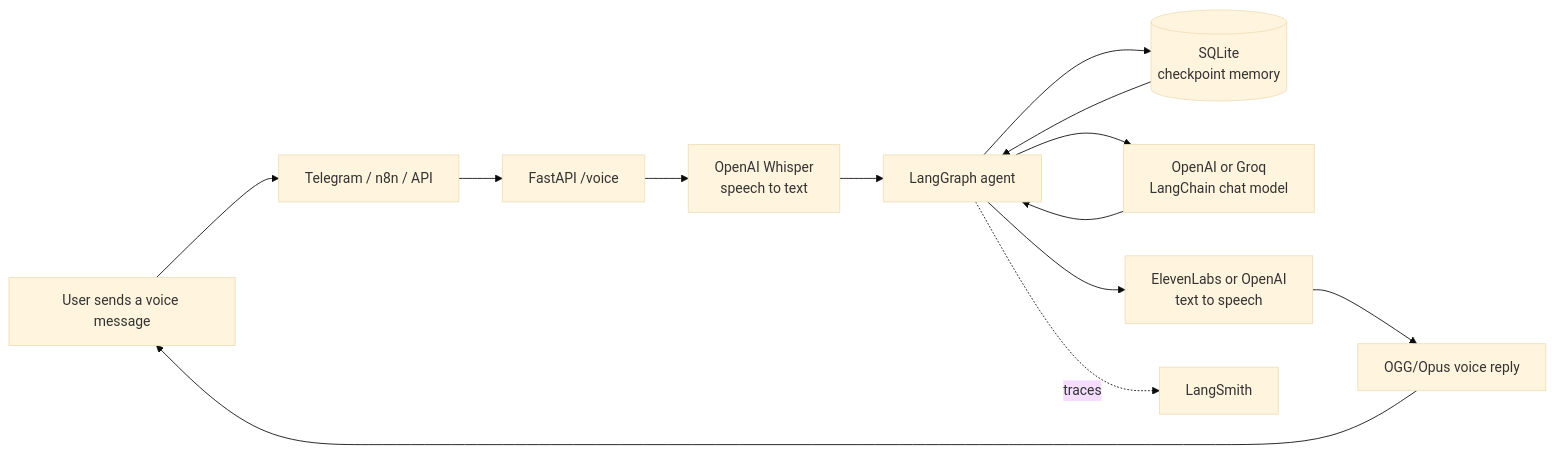
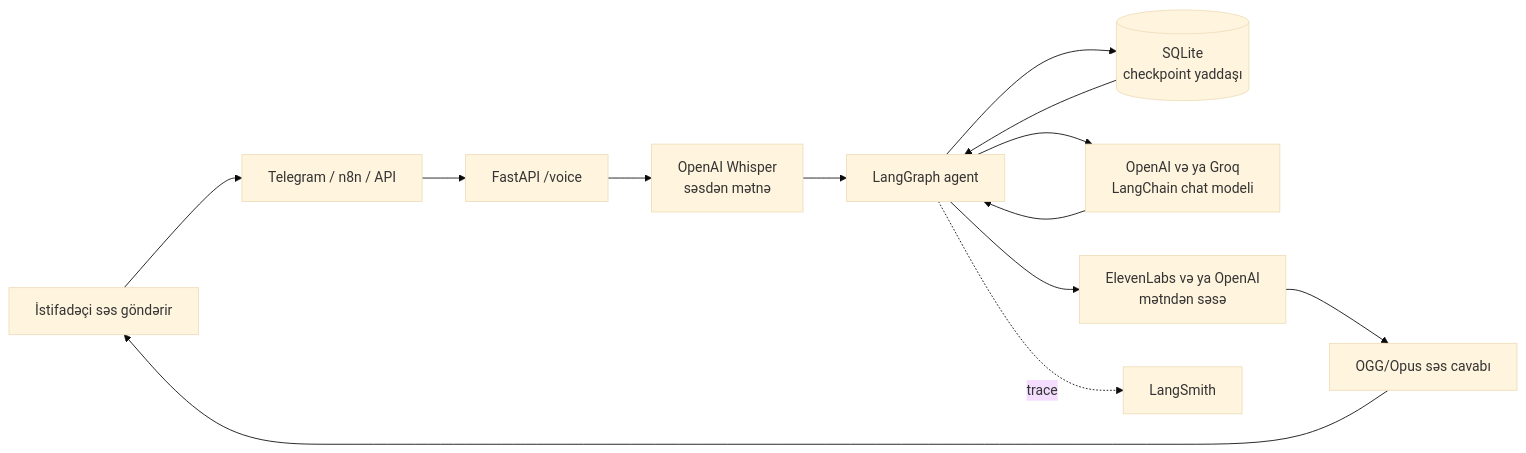
One commit to AlimAlirzayev/voice-ai-agent changed the first of 4 diagrams in README.md. Above: the diagram before and after it, drawn with Mermaid (base theme). The commit also changed other lines of this file, not shown here.

````diff
--- a/README.md
+++ b/README.md
@@ -13,15 +13,15 @@
 ```mermaid
 flowchart LR
-    USER["User sends a voice message"] --> CHANNEL["Telegram / n8n / API"]
+    USER["İstifadəçi səs göndərir"] --> CHANNEL["Telegram / n8n / API"]
     CHANNEL --> API["FastAPI /voice"]
-    API --> STT["OpenAI Whisper<br/>speech to text"]
+    API --> STT["OpenAI Whisper<br/>səsdən mətnə"]
     STT --> GRAPH["LangGraph agent"]
-    GRAPH --> MEMORY[("SQLite<br/>checkpoint memory")]
+    GRAPH --> MEMORY[("SQLite<br/>checkpoint yaddaşı")]
     MEMORY --> GRAPH
-    GRAPH --> LLM["OpenAI or Groq<br/>LangChain chat model"]
+    GRAPH --> LLM["OpenAI və ya Groq<br/>LangChain chat modeli"]
     LLM --> GRAPH
-    GRAPH --> TTS["ElevenLabs or OpenAI<br/>text to speech"]
-    TTS --> REPLY["OGG/Opus voice reply"]
+    GRAPH --> TTS["ElevenLabs və ya OpenAI<br/>mətndən səsə"]
+    TTS --> REPLY["OGG/Opus səs cavabı"]
     REPLY --> USER
-    GRAPH -. traces .-> SMITH["LangSmith"]
+    GRAPH -. trace .-> SMITH["LangSmith"]
 ```
````
